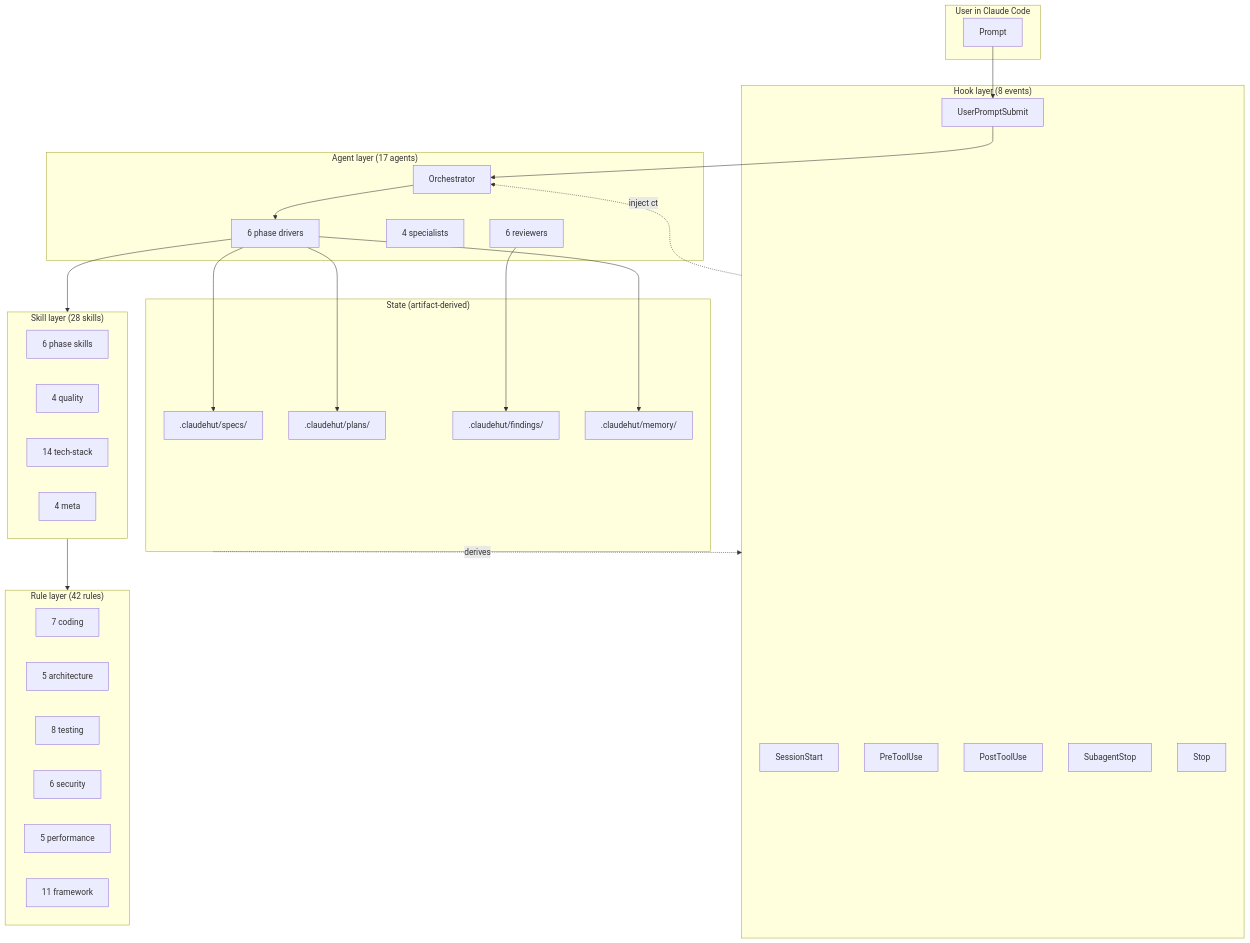
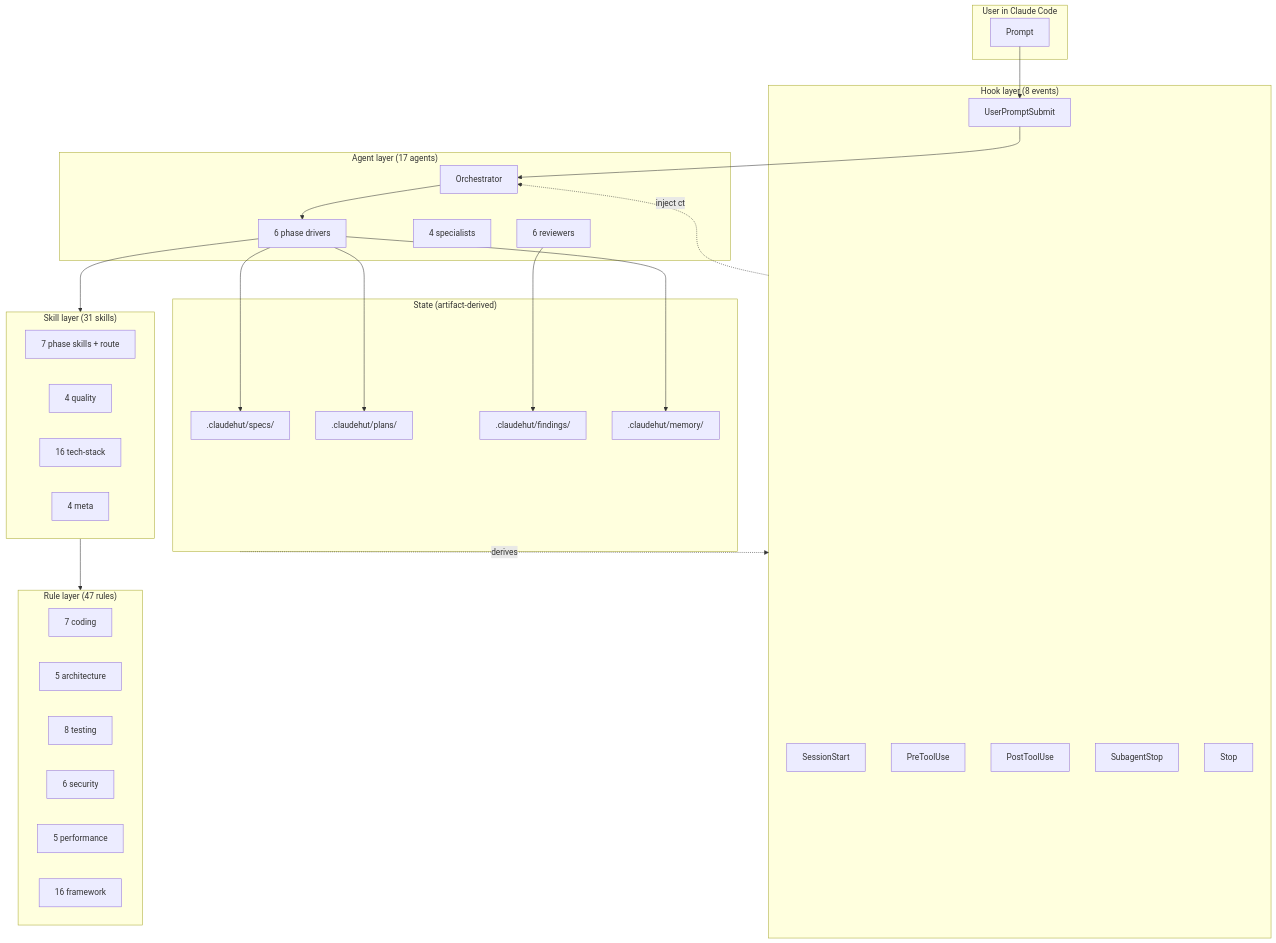
The diagram in README.md (taipt1504/claudehut), drawn with Mermaid before and after one commit. The commit also changed other lines of this file and 1 other file, not shown here.

````diff
--- a/README.md
+++ b/README.md
@@ -287,56 +325,56 @@
 ```mermaid
 flowchart TB
     subgraph User["User in Claude Code"]
         prompt[Prompt]
     end
 
     subgraph Hooks["Hook layer (8 events)"]
         SS[SessionStart]
         UPS[UserPromptSubmit]
         PTU[PreToolUse]
         PTU2[PostToolUse]
         SBS[SubagentStop]
         SH[Stop]
     end
 
     subgraph Agents["Agent layer (17 agents)"]
         Orch[Orchestrator]
         Phase[6 phase drivers]
         Spec[4 specialists]
         Rev[6 reviewers]
     end
 
-    subgraph Skills["Skill layer (28 skills)"]
-        PS[6 phase skills]
+    subgraph Skills["Skill layer (31 skills)"]
+        PS[7 phase skills + route]
         QS[4 quality]
-        TS[14 tech-stack]
+        TS[16 tech-stack]
         MS[4 meta]
     end
 
-    subgraph Rules["Rule layer (42 rules)"]
+    subgraph Rules["Rule layer (47 rules)"]
         R1[7 coding]
         R2[5 architecture]
         R3[8 testing]
         R4[6 security]
         R5[5 performance]
-        R6[11 framework]
+        R6[16 framework]
     end
 
     subgraph State["State (artifact-derived)"]
         Specs[.claudehut/specs/]
         Plans[.claudehut/plans/]
         Findings[.claudehut/findings/]
         Memory[.claudehut/memory/]
     end
 
     prompt --> UPS
     UPS --> Orch
     Orch --> Phase
     Phase --> Skills
     Skills --> Rules
     Phase --> Specs & Plans
     Rev --> Findings
     Phase --> Memory
     State -.derives.-> Hooks
     Hooks -.inject ctx.-> Orch
 ```
````
